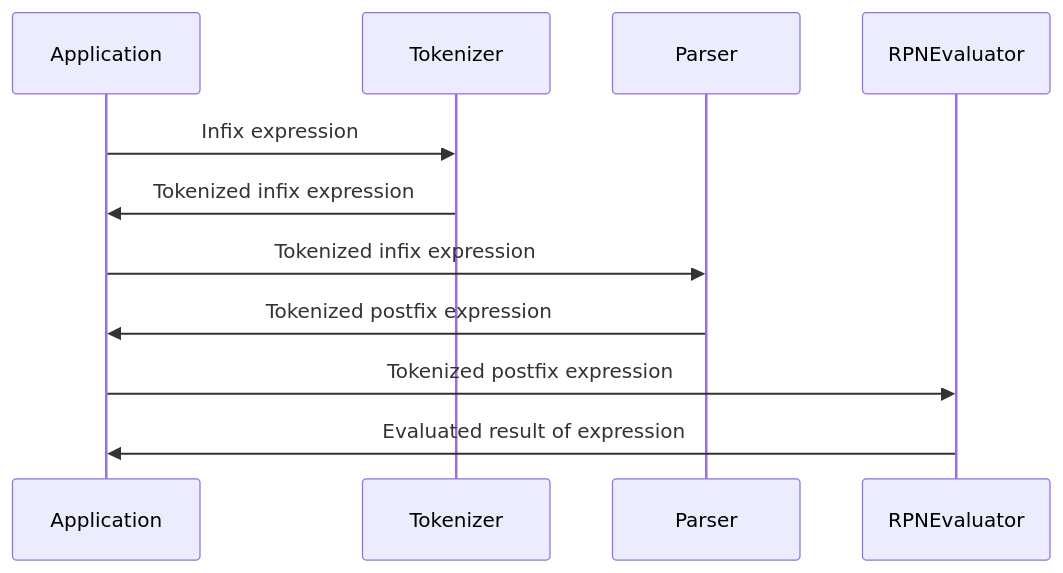
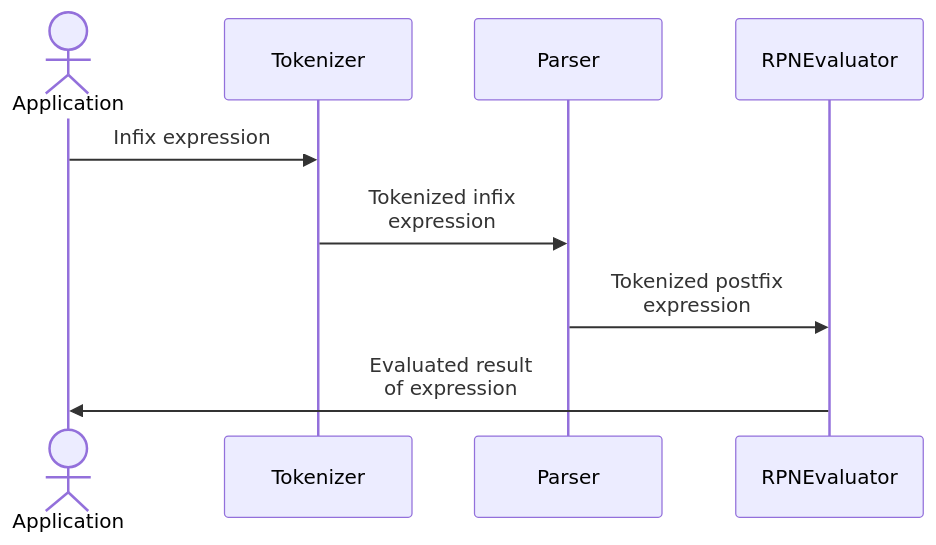
Before and after one commit to khangvum/exprevaluator: the first of 3 diagrams in README.md, drawn with Mermaid. The commit also changed other lines of this file, not shown here.

Commit message:
Update Sequence Diagram

````diff
--- a/README.md
+++ b/README.md
@@ -51,16 +48,15 @@
 ```mermaid
 sequenceDiagram
-    participant Application
+    actor Application
     participant Tokenizer
     participant Parser
     participant RPNEvaluator
 
     Application ->> Tokenizer: Infix expression
-    Tokenizer ->> Application: Tokenized infix expression
 
-    Application ->> Parser: Tokenized infix expression
-    Parser ->> Application: Tokenized postfix expression
+    Tokenizer ->> Parser: Tokenized infix<br>expression
 
-    Application ->> RPNEvaluator: Tokenized postfix expression
-    RPNEvaluator ->> Application: Evaluated result of expression
+    Parser ->> RPNEvaluator: Tokenized postfix<br>expression
+
+    RPNEvaluator ->> Application: Evaluated result<br>of expression
 ```
````
